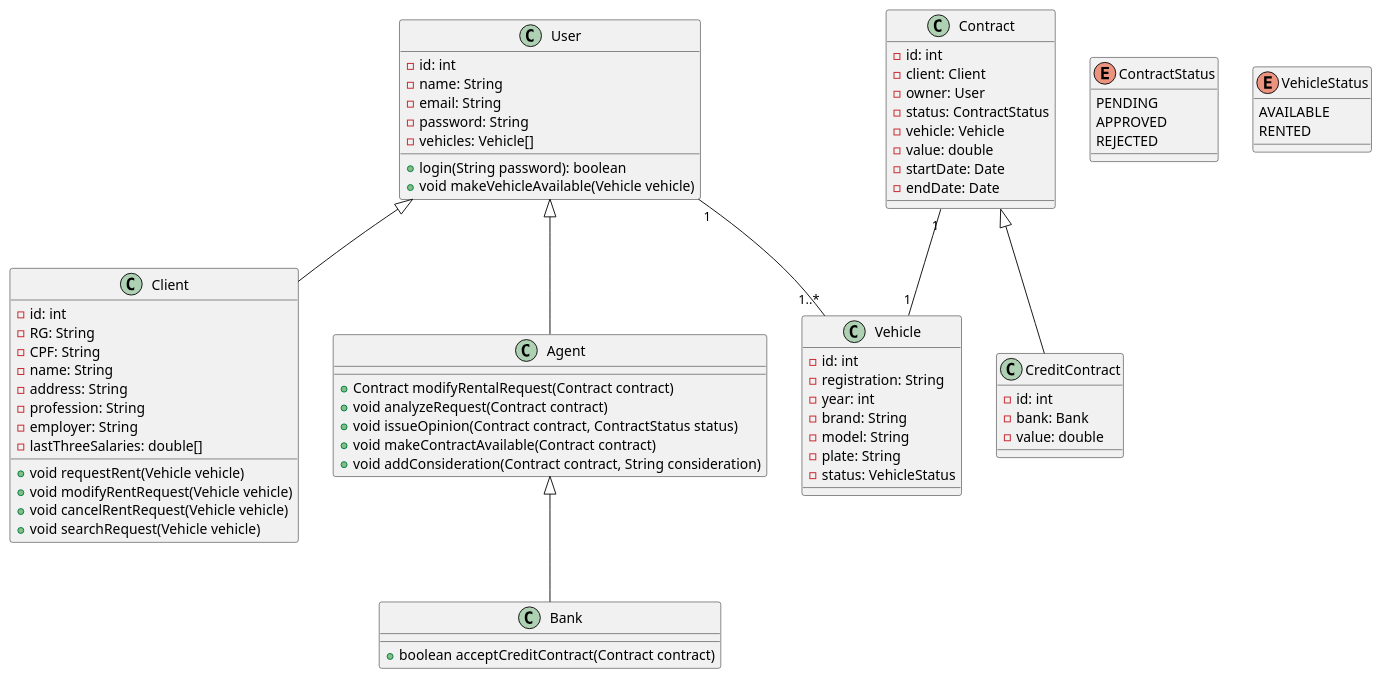
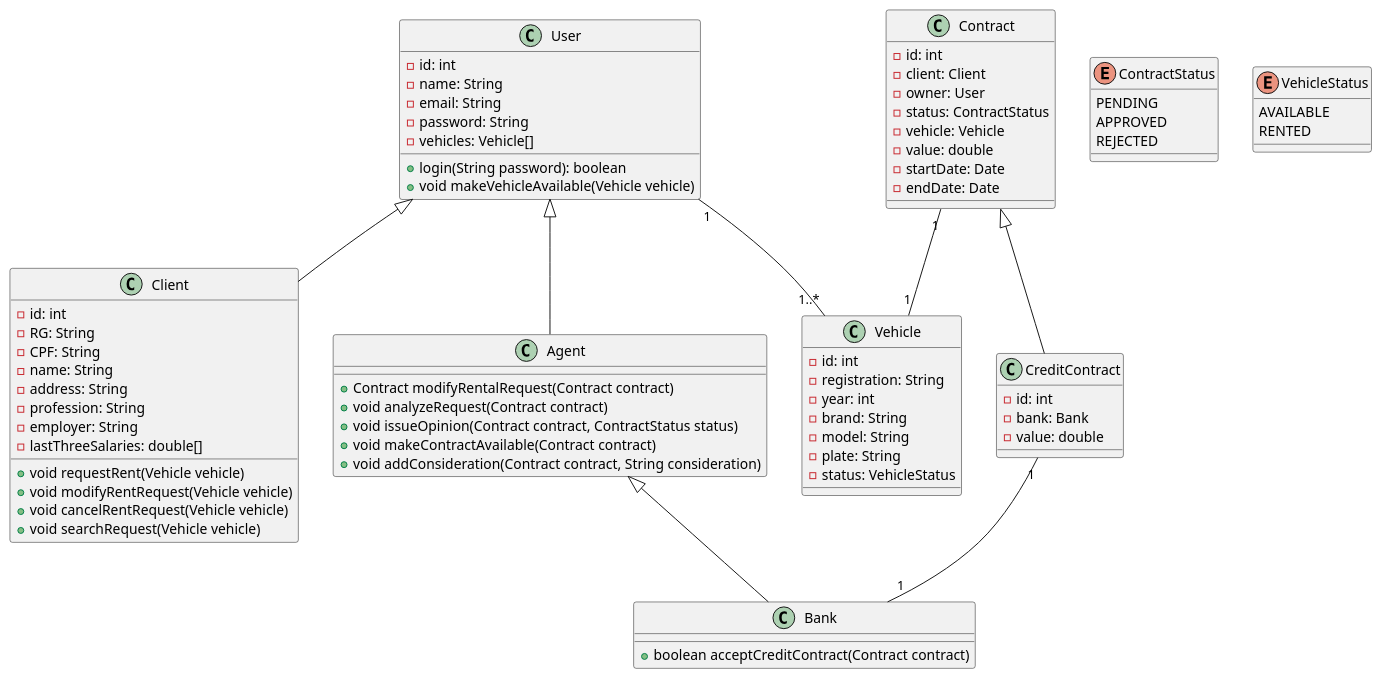
Before and after one commit to migueltico2/laboratorio-de-desenvolvimento-de-software: the diagram in projeto 2/project/classDiagram.plantuml, drawn with PlantUML. The commit also changed 1 other file, not shown here.

Commit message:
finish diagrams

```diff
--- a/projeto 2/project/classDiagram.plantuml
+++ b/projeto 2/project/classDiagram.plantuml
@@ -1,85 +1,86 @@
 @startuml
 
 class User {
     -id: int
     -name: String
     -email: String
     -password: String
     -vehicles: Vehicle[]
     +login(String password): boolean
     +void makeVehicleAvailable(Vehicle vehicle)
 }
 
 class Client {
     -id: int
     -RG: String
     -CPF: String
     -name: String
     -address: String
     -profession: String
     -employer: String
     -lastThreeSalaries: double[]
     +void requestRent(Vehicle vehicle)
     +void modifyRentRequest(Vehicle vehicle)
     +void cancelRentRequest(Vehicle vehicle)
     +void searchRequest(Vehicle vehicle)
 }
 
 
 class Agent {
     +Contract modifyRentalRequest(Contract contract)
     +void analyzeRequest(Contract contract)
     +void issueOpinion(Contract contract, ContractStatus status)
     +void makeContractAvailable(Contract contract)
     +void addConsideration(Contract contract, String consideration)
 }
 
 class Bank {
     +boolean acceptCreditContract(Contract contract)
 }
 
 class Contract {
     -id: int
     -client: Client
     -owner: User
     -status: ContractStatus
     -vehicle: Vehicle
     -value: double
     -startDate: Date
     -endDate: Date
 }
 
 class CreditContract {
     -id: int
     -bank: Bank
     -value: double
 }
 
 class Vehicle {
     -id: int
     -registration: String
     -year: int
     -brand: String
     -model: String
     -plate: String
     -status: VehicleStatus
 }
 
 enum ContractStatus {
     PENDING
     APPROVED
     REJECTED
 }
 
 enum VehicleStatus {
     AVAILABLE
     RENTED
 }
 
 User <|-- Agent
 User <|-- Client
 User "1" -- "1..*" Vehicle
 Contract <|-- CreditContract
+CreditContract "1" -- "1" Bank
 Contract "1" -- "1" Vehicle
 Agent <|-- Bank
 @enduml
```
